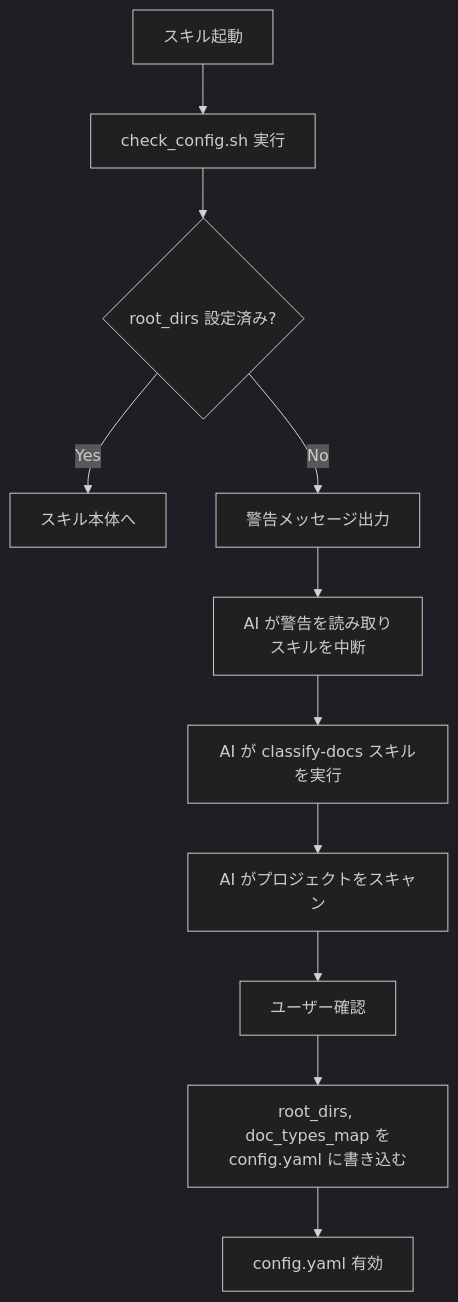
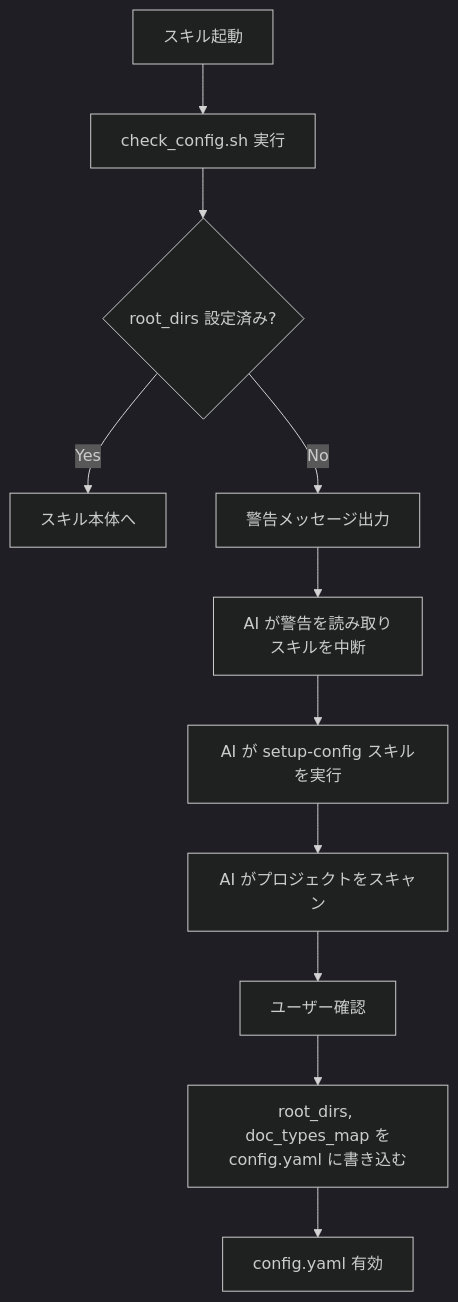
One commit to BlueEventHorizon/DocAdvisor-CC changed the fourth of 10 diagrams in specs/design/DES-005_toc_generation_flow.md. Above: the diagram before and after it, drawn with Mermaid (dark theme). The commit also changed other lines of this file and 20 other files, not shown here.

Commit message:
[4.3] feat: rename classify-docs to setup-config

````diff
--- a/specs/design/DES-005_toc_generation_flow.md
+++ b/specs/design/DES-005_toc_generation_flow.md
@@ -115,13 +115,13 @@
 ```mermaid
 flowchart TD
     H[スキル起動] --> I[check_config.sh 実行]
     I --> J{root_dirs 設定済み?}
     J -->|Yes| K[スキル本体へ]
     J -->|No| L["警告メッセージ出力"]
     L --> M["AI が警告を読み取り<br>スキルを中断"]
-    M --> N["AI が classify-docs スキルを実行"]
+    M --> N["AI が setup-config スキルを実行"]
     N --> O[AI がプロジェクトをスキャン]
     O --> P[ユーザー確認]
     P --> Q[root_dirs, doc_types_map を<br>config.yaml に書き込む]
     Q --> R[config.yaml 有効]
 ```
````
